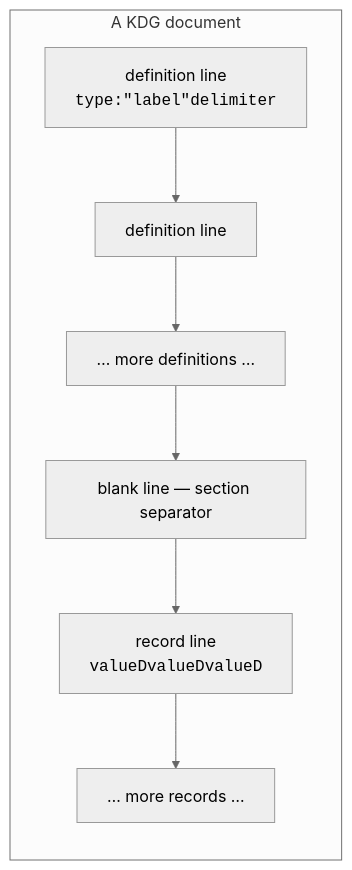
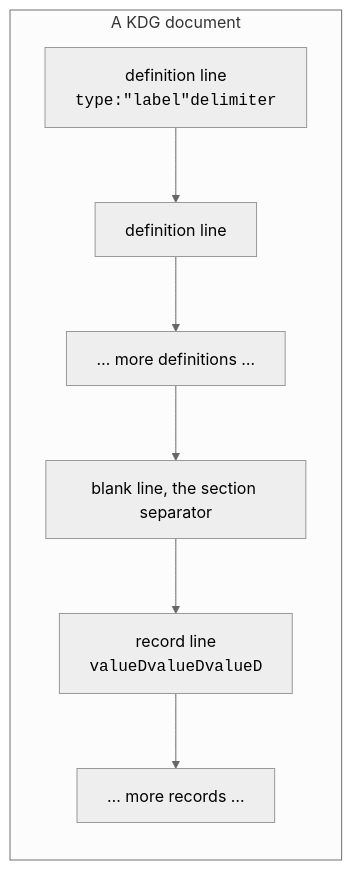
Before and after one commit to 4esv/kdg-spec: the first of 3 diagrams in SPEC.md, drawn with Mermaid (neutral theme). The commit also changed other lines of this file and 3 other files, not shown here.

````diff
--- a/SPEC.md
+++ b/SPEC.md
@@ -141,13 +141,13 @@
 ```mermaid
 flowchart TB
     subgraph doc["A KDG document"]
         direction TB
         A["definition line<br/><code>type:&quot;label&quot;delimiter</code>"]
         B["definition line"]
         C["… more definitions …"]
-        D["blank line — section separator"]
+        D["blank line, the section separator"]
         E["record line<br/><code>valueDvalueDvalueD</code>"]
         F["… more records …"]
     end
     A --> B --> C --> D --> E --> F
 ```
````
